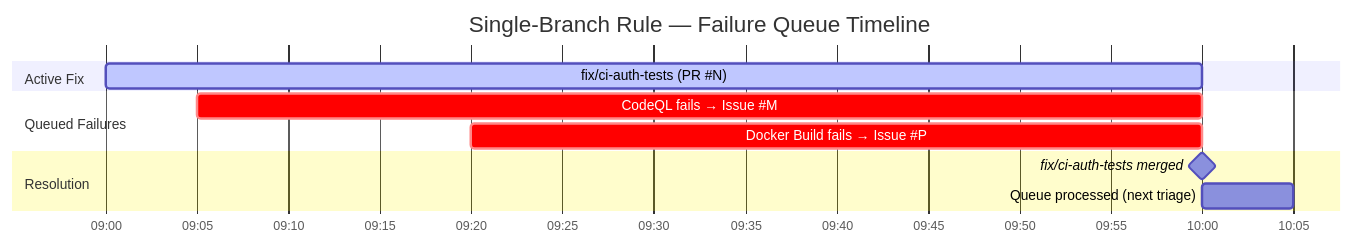
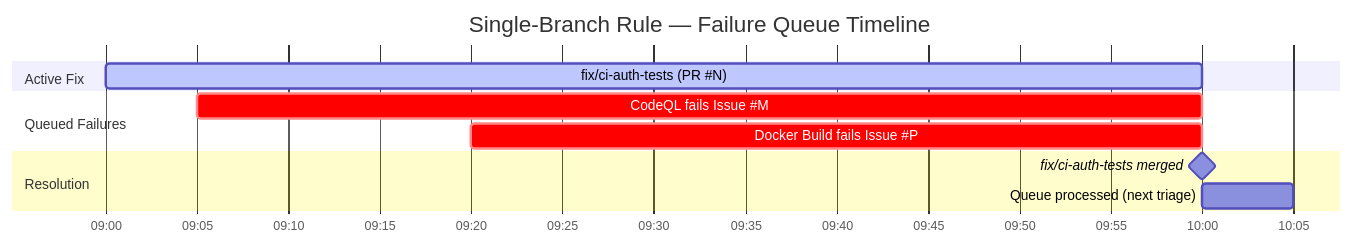
The fifth of 6 diagrams in docs/ci/CI_FAILURE_AUTO_RESPONSE.md (Aries-Serpent/_codex_), drawn with Mermaid before and after one commit. The commit also changed other lines of this file and 4117 other files, not shown here.

````diff
--- a/docs/ci/CI_FAILURE_AUTO_RESPONSE.md
+++ b/docs/ci/CI_FAILURE_AUTO_RESPONSE.md
@@ -198,18 +230,19 @@
 ```mermaid
 %%{init: {'accessibility': {'title': 'Timeline'}}%%
+
 gantt
-    title  Single-Branch Rule — Failure Queue Timeline
-    dateFormat HH:mm
-    axisFormat %H:%M
+ title Single-Branch Rule — Failure Queue Timeline
+ dateFormat HH:mm
+ axisFormat %H:%M
 
-    section Active Fix
-    fix/ci-auth-tests (PR #N)   : active, a1, 09:00, 60m
+ section Active Fix
+ fix/ci-auth-tests (PR #N) : active, a1, 09:00, 60m
 
-    section Queued Failures
-    CodeQL fails → Issue #M     : crit, q1, 09:05, 55m
-    Docker Build fails → Issue #P : crit, q2, 09:20, 40m
+ section Queued Failures
+ CodeQL fails Issue #M : crit, q1, 09:05, 55m
+ Docker Build fails Issue #P : crit, q2, 09:20, 40m
 
-    section Resolution
-    fix/ci-auth-tests merged    : milestone, m1, 10:00, 0m
-    Queue processed (next triage) : q3, 10:00, 5m
+ section Resolution
+ fix/ci-auth-tests merged : milestone, m1, 10:00, 0m
+ Queue processed (next triage) : q3, 10:00, 5m
 ```
````
